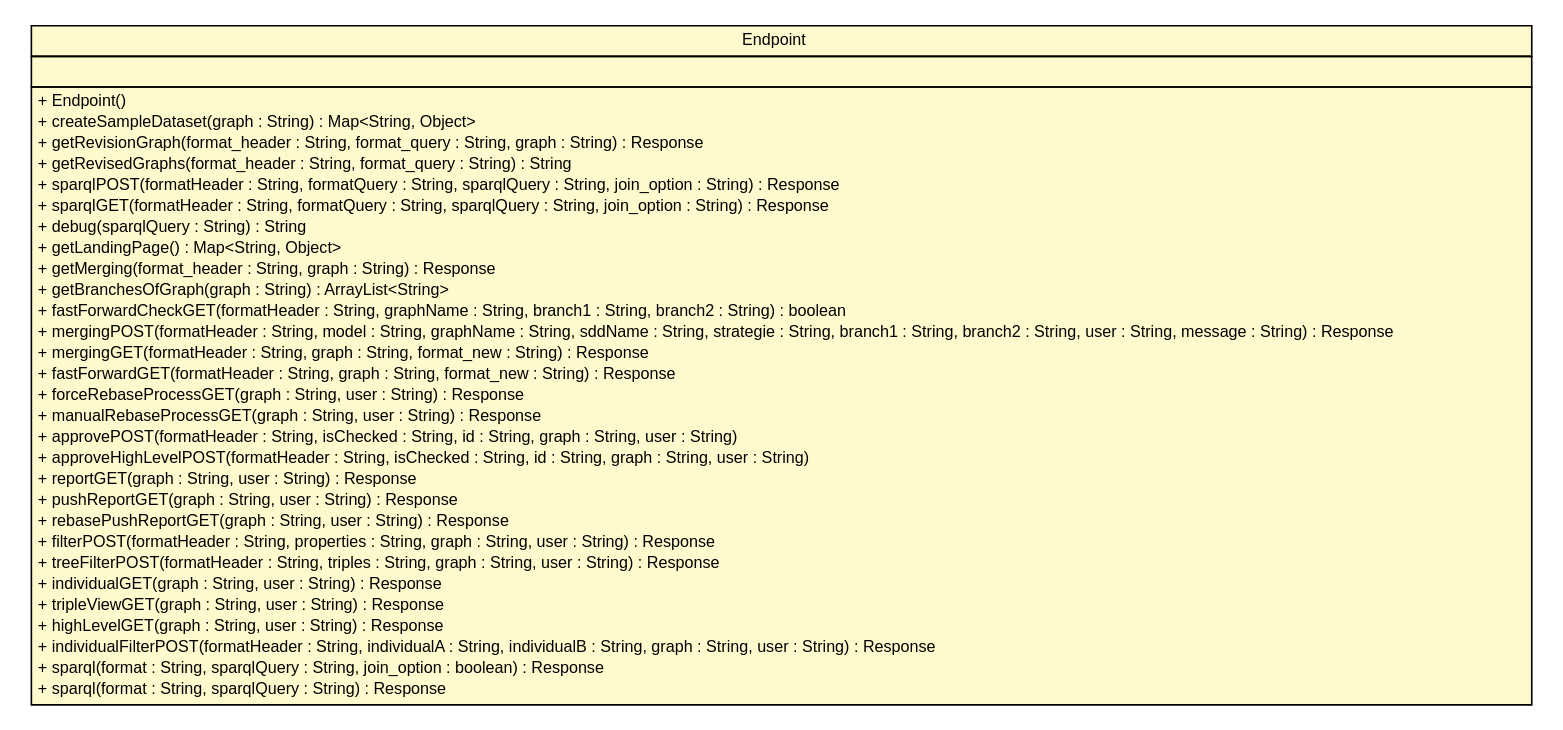
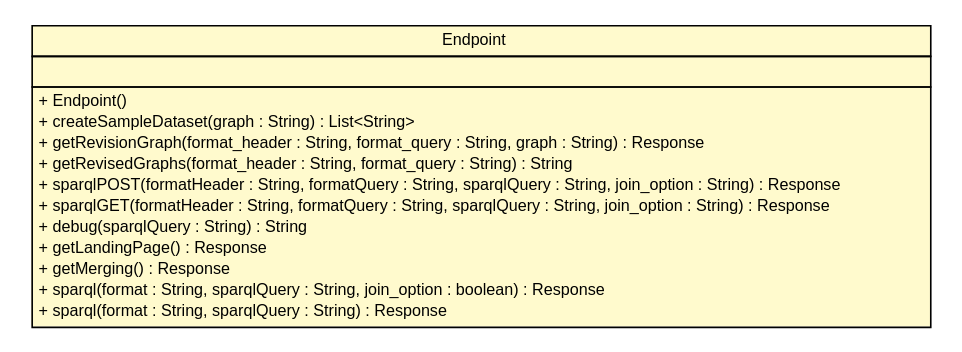
One commit to adrianorzyszek/r43ples changed the diagram in site/apidocs/de/tud/plt/r43ples/webservice/Endpoint.dot. Above: the diagram before and after it, drawn with Graphviz. The commit also changed 664 other files, not shown here.

```diff
--- a/site/apidocs/de/tud/plt/r43ples/webservice/Endpoint.dot
+++ b/site/apidocs/de/tud/plt/r43ples/webservice/Endpoint.dot
@@ -1,52 +1,34 @@
 #!/usr/local/bin/dot
 #
 # Class diagram 
 # Generated by UMLGraph version R5_6-24-gf6e263 (http://www.umlgraph.org/)
 #
 
 digraph G {
 	edge [fontname="Helvetica",fontsize=10,labelfontname="Helvetica",labelfontsize=10];
 	node [fontname="Helvetica",fontsize=10,shape=plaintext];
 	nodesep=0.25;
 	ranksep=0.5;
 	// de.tud.plt.r43ples.webservice.Endpoint
-	c1944 [label=<<table title="de.tud.plt.r43ples.webservice.Endpoint" border="0" cellborder="1" cellspacing="0" cellpadding="2" port="p" bgcolor="lemonChiffon" href="./Endpoint.html">
+	c733 [label=<<table title="de.tud.plt.r43ples.webservice.Endpoint" border="0" cellborder="1" cellspacing="0" cellpadding="2" port="p" bgcolor="lemonChiffon" href="./Endpoint.html">
 		<tr><td><table border="0" cellspacing="0" cellpadding="1">
 <tr><td align="center" balign="center"> Endpoint </td></tr>
 		</table></td></tr>
 		<tr><td><table border="0" cellspacing="0" cellpadding="1">
 <tr><td align="left" balign="left">  </td></tr>
 		</table></td></tr>
 		<tr><td><table border="0" cellspacing="0" cellpadding="1">
 <tr><td align="left" balign="left"> + Endpoint() </td></tr>
-<tr><td align="left" balign="left"> + createSampleDataset(graph : String) : Map&lt;String, Object&gt; </td></tr>
+<tr><td align="left" balign="left"> + createSampleDataset(graph : String) : List&lt;String&gt; </td></tr>
 <tr><td align="left" balign="left"> + getRevisionGraph(format_header : String, format_query : String, graph : String) : Response </td></tr>
 <tr><td align="left" balign="left"> + getRevisedGraphs(format_header : String, format_query : String) : String </td></tr>
 <tr><td align="left" balign="left"> + sparqlPOST(formatHeader : String, formatQuery : String, sparqlQuery : String, join_option : String) : Response </td></tr>
 <tr><td align="left" balign="left"> + sparqlGET(formatHeader : String, formatQuery : String, sparqlQuery : String, join_option : String) : Response </td></tr>
 <tr><td align="left" balign="left"> + debug(sparqlQuery : String) : String </td></tr>
-<tr><td align="left" balign="left"> + getLandingPage() : Map&lt;String, Object&gt; </td></tr>
-<tr><td align="left" balign="left"> + getMerging(format_header : String, graph : String) : Response </td></tr>
-<tr><td align="left" balign="left"> + getBranchesOfGraph(graph : String) : ArrayList&lt;String&gt; </td></tr>
-<tr><td align="left" balign="left"> + fastForwardCheckGET(formatHeader : String, graphName : String, branch1 : String, branch2 : String) : boolean </td></tr>
-<tr><td align="left" balign="left"> + mergingPOST(formatHeader : String, model : String, graphName : String, sddName : String, strategie : String, branch1 : String, branch2 : String, user : String, message : String) : Response </td></tr>
-<tr><td align="left" balign="left"> + mergingGET(formatHeader : String, graph : String, format_new : String) : Response </td></tr>
-<tr><td align="left" balign="left"> + fastForwardGET(formatHeader : String, graph : String, format_new : String) : Response </td></tr>
-<tr><td align="left" balign="left"> + forceRebaseProcessGET(graph : String, user : String) : Response </td></tr>
-<tr><td align="left" balign="left"> + manualRebaseProcessGET(graph : String, user : String) : Response </td></tr>
-<tr><td align="left" balign="left"> + approvePOST(formatHeader : String, isChecked : String, id : String, graph : String, user : String) </td></tr>
-<tr><td align="left" balign="left"> + approveHighLevelPOST(formatHeader : String, isChecked : String, id : String, graph : String, user : String) </td></tr>
-<tr><td align="left" balign="left"> + reportGET(graph : String, user : String) : Response </td></tr>
-<tr><td align="left" balign="left"> + pushReportGET(graph : String, user : String) : Response </td></tr>
-<tr><td align="left" balign="left"> + rebasePushReportGET(graph : String, user : String) : Response </td></tr>
-<tr><td align="left" balign="left"> + filterPOST(formatHeader : String, properties : String, graph : String, user : String) : Response </td></tr>
-<tr><td align="left" balign="left"> + treeFilterPOST(formatHeader : String, triples : String, graph : String, user : String) : Response </td></tr>
-<tr><td align="left" balign="left"> + individualGET(graph : String, user : String) : Response </td></tr>
-<tr><td align="left" balign="left"> + tripleViewGET(graph : String, user : String) : Response </td></tr>
-<tr><td align="left" balign="left"> + highLevelGET(graph : String, user : String) : Response </td></tr>
-<tr><td align="left" balign="left"> + individualFilterPOST(formatHeader : String, individualA : String, individualB : String, graph : String, user : String) : Response </td></tr>
+<tr><td align="left" balign="left"> + getLandingPage() : Response </td></tr>
+<tr><td align="left" balign="left"> + getMerging() : Response </td></tr>
 <tr><td align="left" balign="left"> + sparql(format : String, sparqlQuery : String, join_option : boolean) : Response </td></tr>
 <tr><td align="left" balign="left"> + sparql(format : String, sparqlQuery : String) : Response </td></tr>
 		</table></td></tr>
 		</table>>, URL="./Endpoint.html", fontname="Helvetica", fontcolor="black", fontsize=10.0];
 }
```
